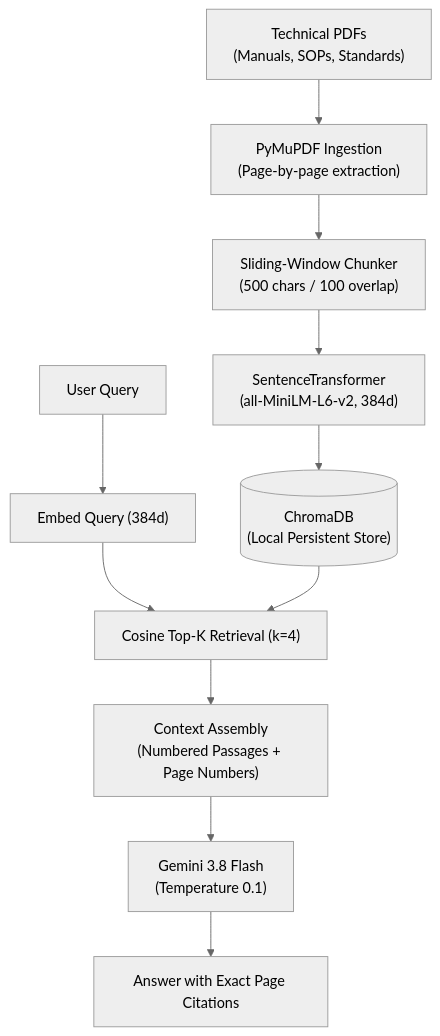
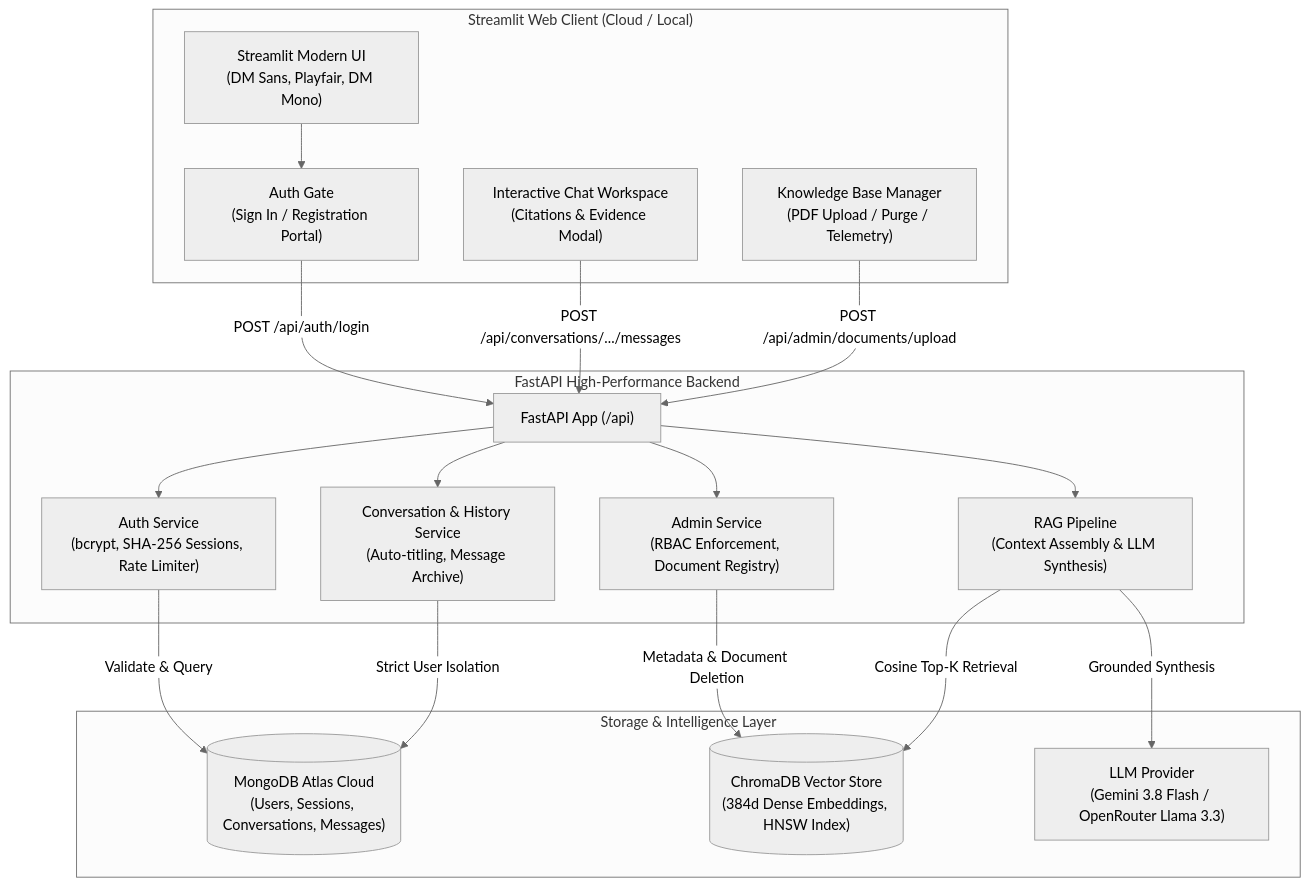
The diagram in README.md (krushang15THECODER/Textile-RAG-Assistant), drawn with Mermaid (neutral theme) before and after one commit. The commit also changed other lines of this file, not shown here.

Commit message:
docs: comprehensive enterprise README with architecture, RBAC admin provisions, API reference, and deployment guide

````diff
--- a/README.md
+++ b/README.md
@@ -30,14 +21,39 @@
 ```mermaid
 flowchart TD
-    A["Technical PDFs\n(Manuals, SOPs, Standards)"] --> B["PyMuPDF Ingestion\n(Page-by-page extraction)"]
-    B --> C["Sliding-Window Chunker\n(500 chars / 100 overlap)"]
-    C --> D["SentenceTransformer\n(all-MiniLM-L6-v2, 384d)"]
-    D --> E[("ChromaDB\n(Local Persistent Store)")]
-    
-    Q["User Query"] --> EQ["Embed Query (384d)"]
-    EQ --> S["Cosine Top-K Retrieval (k=4)"]
-    E --> S
-    S --> P["Context Assembly\n(Numbered Passages + Page Numbers)"]
-    P --> G["Gemini 3.8 Flash\n(Temperature 0.1)"]
-    G --> R["Answer with Exact Page Citations"]
+    subgraph Frontend["Streamlit Web Client (Cloud / Local)"]
+        UI["Streamlit Modern UI\n(DM Sans, Playfair, DM Mono)"]
+        AUTH_UI["Auth Gate\n(Sign In / Registration Portal)"]
+        CHAT_UI["Interactive Chat Workspace\n(Citations & Evidence Modal)"]
+        ADMIN_UI["Knowledge Base Manager\n(PDF Upload / Purge / Telemetry)"]
+    end
+
+    subgraph Backend["FastAPI High-Performance Backend"]
+        API["FastAPI App (/api)"]
+        AUTH_SVC["Auth Service\n(bcrypt, SHA-256 Sessions, Rate Limiter)"]
+        CONV_SVC["Conversation & History Service\n(Auto-titling, Message Archive)"]
+        ADMIN_SVC["Admin Service\n(RBAC Enforcement, Document Registry)"]
+        RAG_SVC["RAG Pipeline\n(Context Assembly & LLM Synthesis)"]
+    end
+
+    subgraph DataLayer["Storage & Intelligence Layer"]
+        MONGO[("MongoDB Atlas Cloud\n(Users, Sessions, Conversations, Messages)")]
+        CHROMA[("ChromaDB Vector Store\n(384d Dense Embeddings, HNSW Index)")]
+        LLM["LLM Provider\n(Gemini 3.8 Flash / OpenRouter Llama 3.3)"]
+    end
+
+    UI --> AUTH_UI
+    AUTH_UI -->|POST /api/auth/login| API
+    CHAT_UI -->|POST /api/conversations/.../messages| API
+    ADMIN_UI -->|POST /api/admin/documents/upload| API
+
+    API --> AUTH_SVC
+    API --> CONV_SVC
+    API --> ADMIN_SVC
+    API --> RAG_SVC
+
+    AUTH_SVC -->|Validate & Query| MONGO
+    CONV_SVC -->|Strict User Isolation| MONGO
+    ADMIN_SVC -->|Metadata & Document Deletion| CHROMA
+    RAG_SVC -->|Cosine Top-K Retrieval| CHROMA
+    RAG_SVC -->|Grounded Synthesis| LLM
 ```
````
